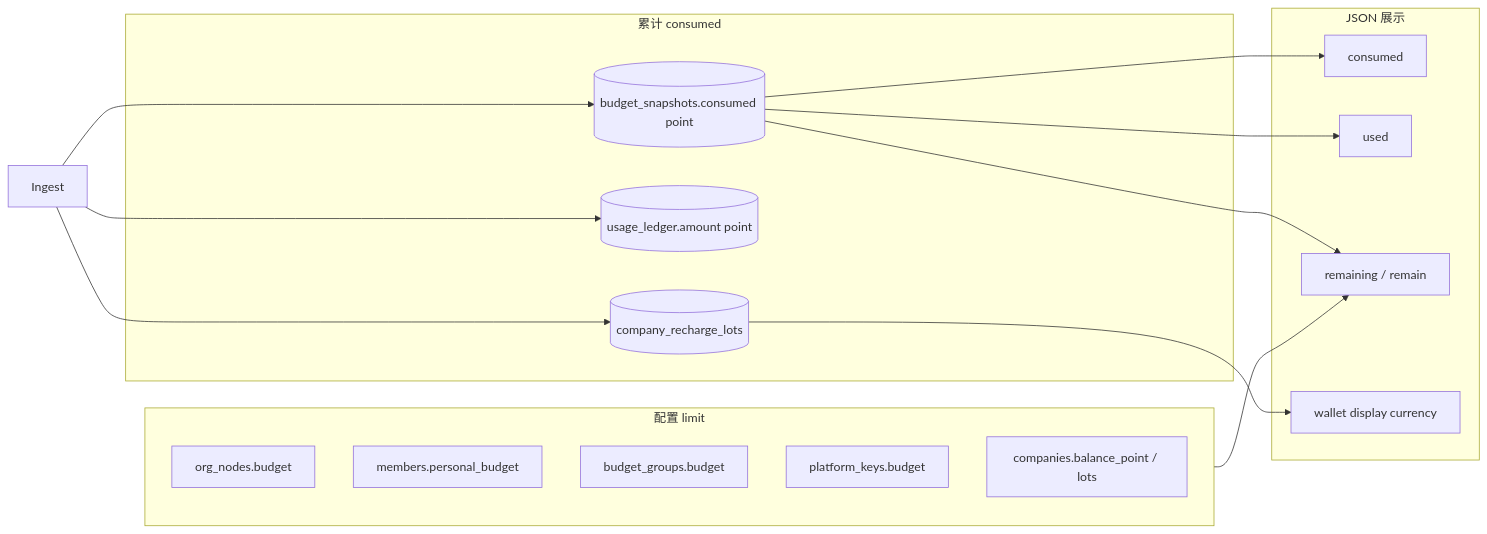
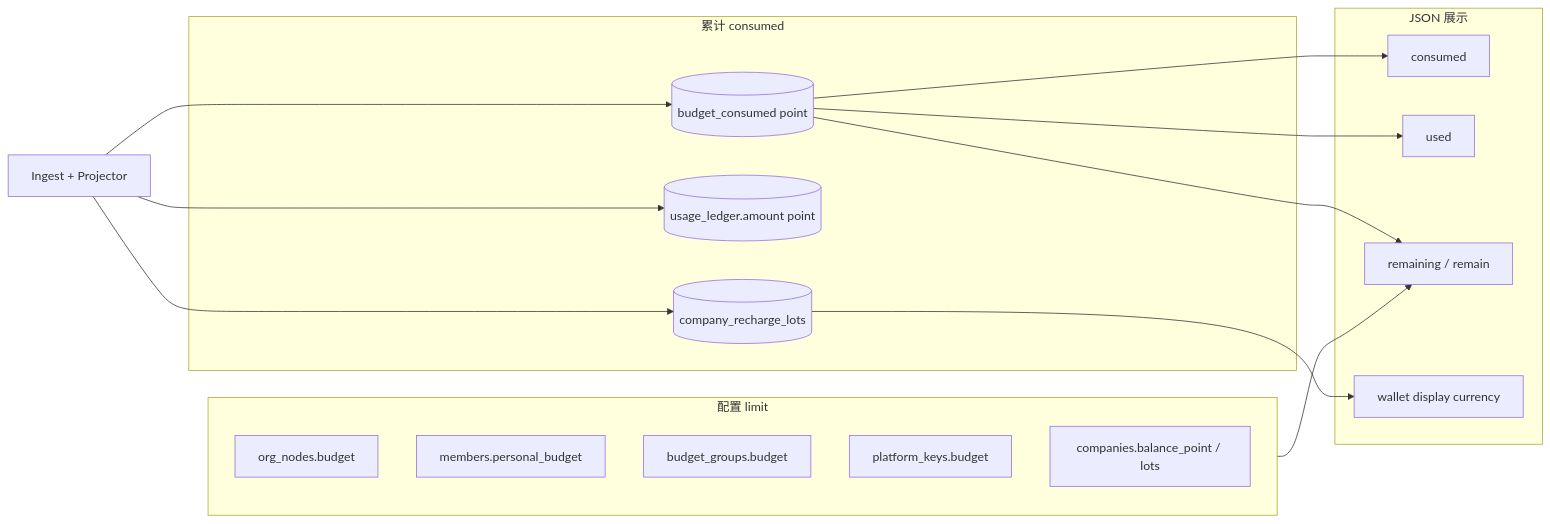
One commit to quyip8818/mytokenjoy changed the seventh of 7 diagrams in docs/Backend-存储架构.md. Above: the diagram before and after it, drawn with Mermaid. The commit also changed other lines of this file and 16 other files, not shown here.

````diff
--- a/docs/Backend-存储架构.md
+++ b/docs/Backend-存储架构.md
@@ -250,29 +250,29 @@
 ```mermaid
 flowchart LR
   subgraph assign [配置 limit]
     OB[org_nodes.budget]
     PQ[members.personal_budget]
     BG[budget_groups.budget]
     PKQ[platform_keys.budget]
     WAL[companies.balance_point / lots]
   end
 
   subgraph spend [累计 consumed]
-    BS[(budget_snapshots.consumed point)]
+    BS[(budget_consumed point)]
     UL[(usage_ledger.amount point)]
     LOT[(company_recharge_lots)]
   end
 
   subgraph api [JSON 展示]
     C[consumed]
     U[used]
     R[remaining / remain]
     W[wallet display currency]
   end
 
-  ING[Ingest] --> BS & UL & LOT
+  ING[Ingest + Projector] --> BS & UL & LOT
   BS --> C & U
   assign --> R
   BS --> R
   LOT --> W
 ```
````
